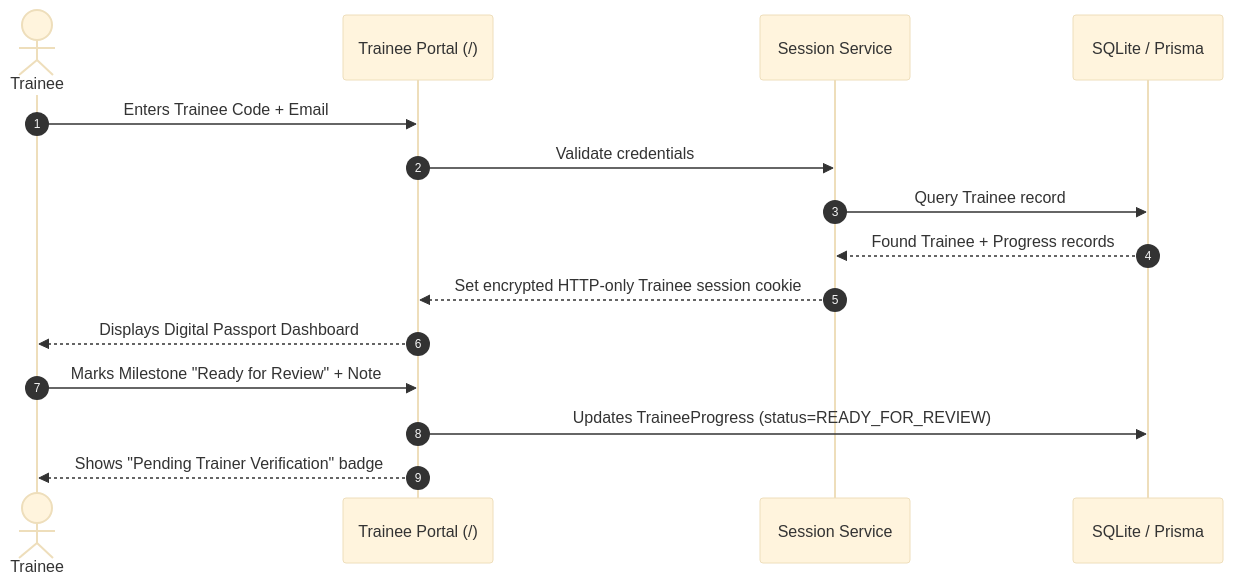
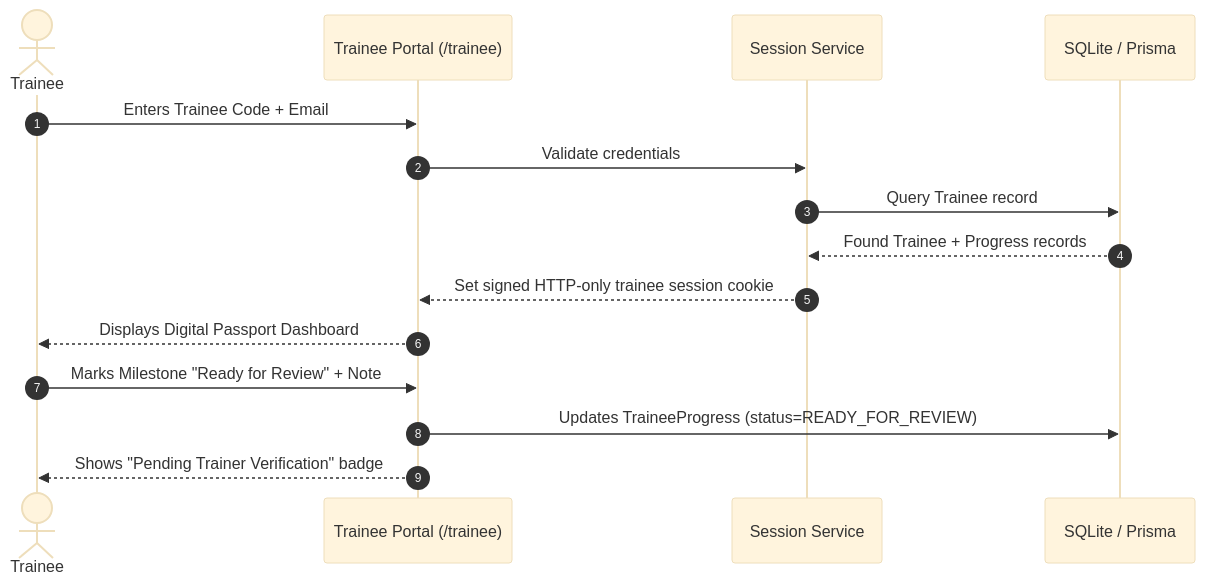
Before and after one commit to jimcsy/Passport-TBG: the first of 2 diagrams in architecture.md, drawn with Mermaid (base theme). The commit also changed other lines of this file and 28 other files, not shown here.

````diff
--- a/architecture.md
+++ b/architecture.md
@@ -235,18 +228,18 @@
 ```mermaid
 sequenceDiagram
     autonumber
     actor Trainee
-    participant Portal as Trainee Portal (/)
+    participant Portal as Trainee Portal (/trainee)
     participant Auth as Session Service
     participant DB as SQLite / Prisma
 
     Trainee->>Portal: Enters Trainee Code + Email
     Portal->>Auth: Validate credentials
     Auth->>DB: Query Trainee record
     DB-->>Auth: Found Trainee + Progress records
-    Auth-->>Portal: Set encrypted HTTP-only Trainee session cookie
+    Auth-->>Portal: Set signed HTTP-only trainee session cookie
     Portal-->>Trainee: Displays Digital Passport Dashboard
     Trainee->>Portal: Marks Milestone "Ready for Review" + Note
     Portal->>DB: Updates TraineeProgress (status=READY_FOR_REVIEW)
     Portal-->>Trainee: Shows "Pending Trainer Verification" badge
 ```
````
